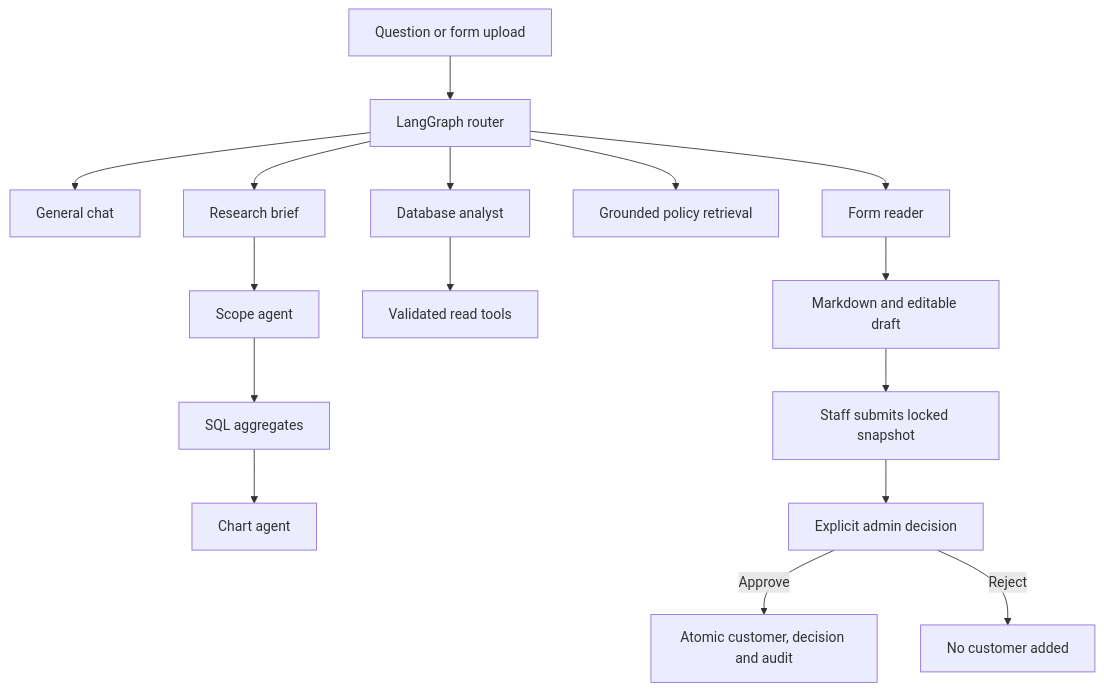
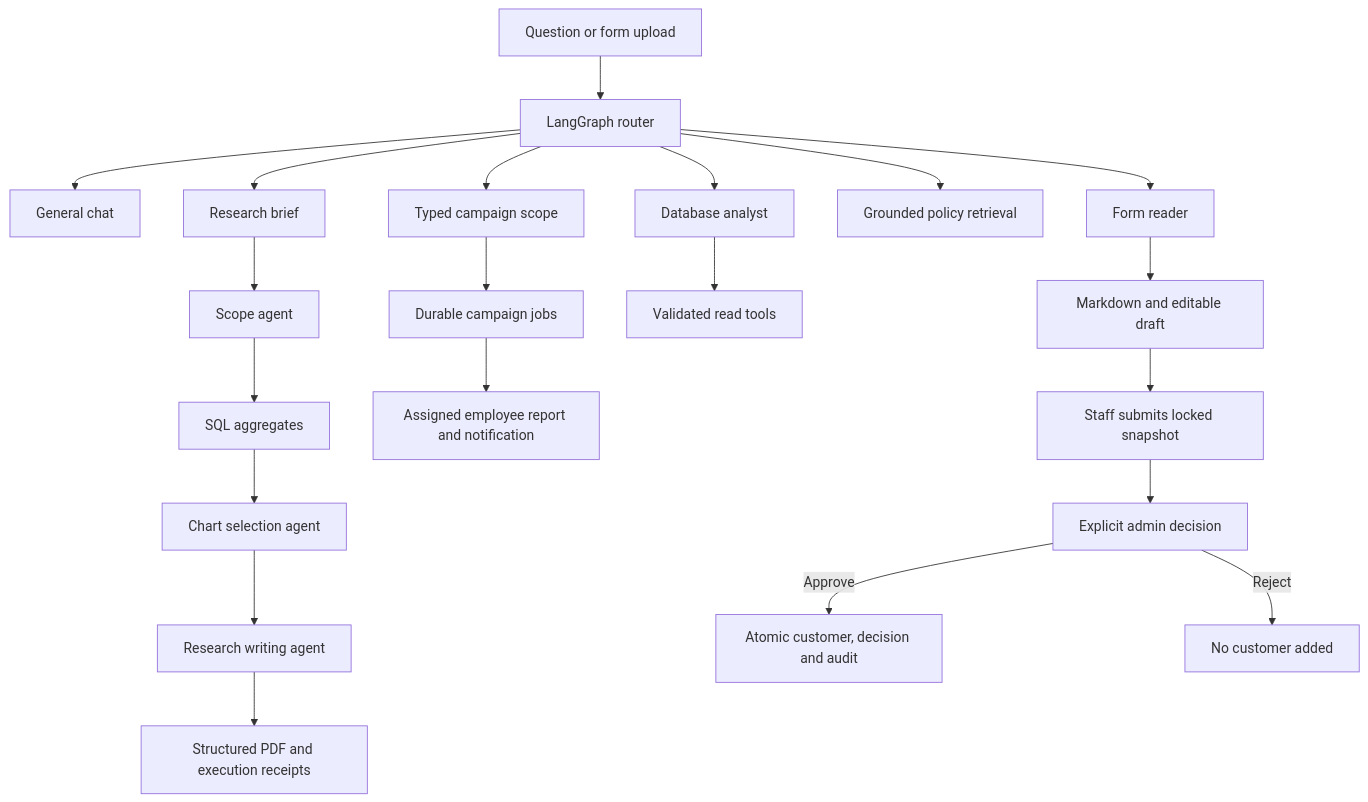
The second of 4 diagrams in docs/architecture.md (Harshilsangani/BankWeaveAI), drawn with Mermaid before and after one commit. The commit also changed other lines of this file and 581 other files, not shown here.

````diff
--- a/docs/architecture.md
+++ b/docs/architecture.md
@@ -15,18 +49,23 @@
 ```mermaid
 flowchart TD
   Input[Question or form upload] --> Router[LangGraph router]
   Router --> General[General chat]
   Router --> Database[Database analyst]
   Router --> Research[Research brief]
   Research --> ScopeAgent[Scope agent]
   ScopeAgent --> SqlAgent[SQL aggregates]
-  SqlAgent --> ChartAgent[Chart agent]
+  SqlAgent --> ChartAgent[Chart selection agent]
+  ChartAgent --> WriterAgent[Research writing agent]
+  WriterAgent --> ResearchPDF[Structured PDF and execution receipts]
+  Router --> Campaign[Typed campaign scope]
+  Campaign --> Jobs[Durable campaign jobs]
+  Jobs --> StaffReport[Assigned employee report and notification]
   Router --> Knowledge[Grounded policy retrieval]
   Router --> Form[Form reader]
   Database --> SQL[Validated read tools]
   Form --> Review[Markdown and editable draft]
   Review --> Request[Staff submits locked snapshot]
   Request --> Admin[Explicit admin decision]
   Admin -->|Approve| Commit[Atomic customer, decision and audit]
   Admin -->|Reject| Rejected[No customer added]
 ```
````
